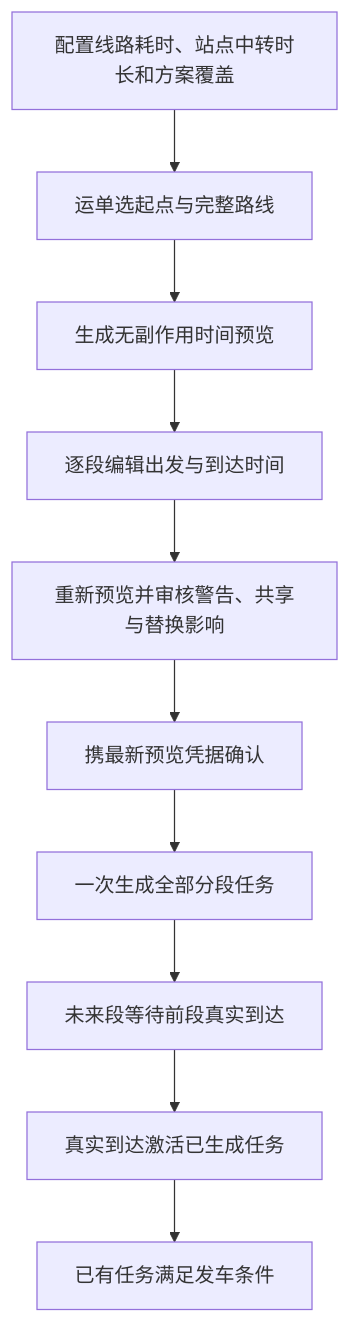
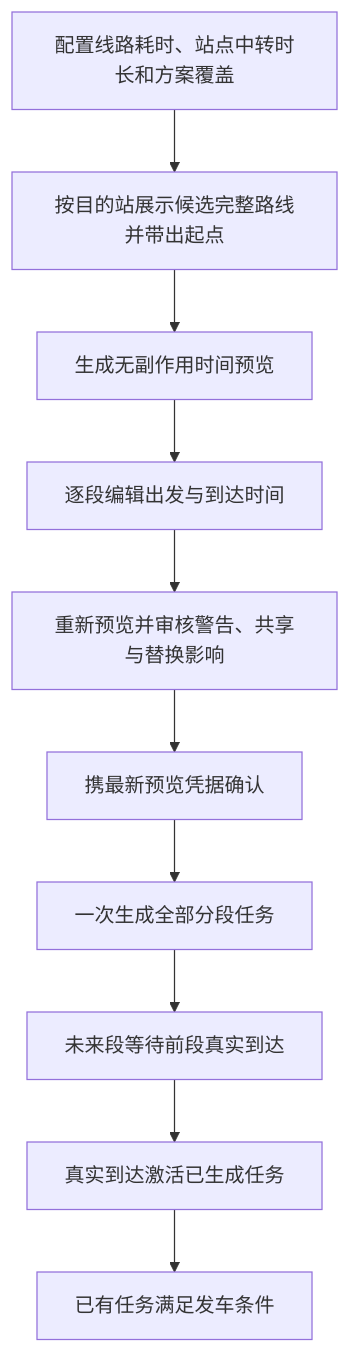
The first of 2 diagrams in docs/技术方案/v7/fe/plan.md (NikFranki/jingpo-logistics-system), drawn with Mermaid before and after one commit. The commit also changed other lines of this file and 64 other files, not shown here.

````diff
--- a/docs/技术方案/v7/fe/plan.md
+++ b/docs/技术方案/v7/fe/plan.md
@@ -9,12 +9,12 @@
 ```mermaid
 flowchart TD
-    N[配置线路耗时、站点中转时长和方案覆盖] --> P[运单选起点与完整路线]
+    N[配置线路耗时、站点中转时长和方案覆盖] --> P[按目的站展示候选完整路线并带出起点]
     P --> V[生成无副作用时间预览]
     V --> E[逐段编辑出发与到达时间]
     E --> R[重新预览并审核警告、共享与替换影响]
     R --> C[携最新预览凭据确认]
     C --> T[一次生成全部分段任务]
     T --> W[未来段等待前段真实到达]
     W --> A[真实到达激活已生成任务]
     A --> Q[已有任务满足发车条件]
 ```
````
